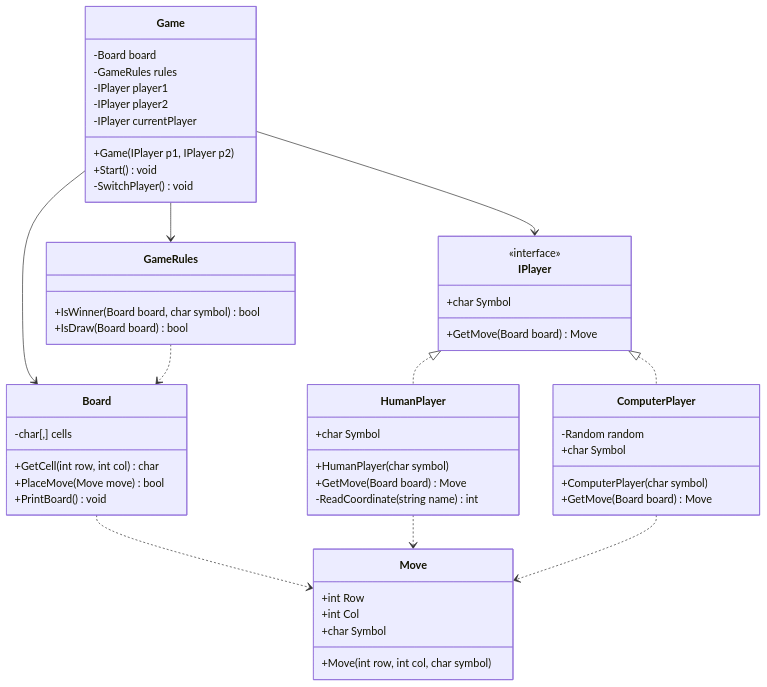
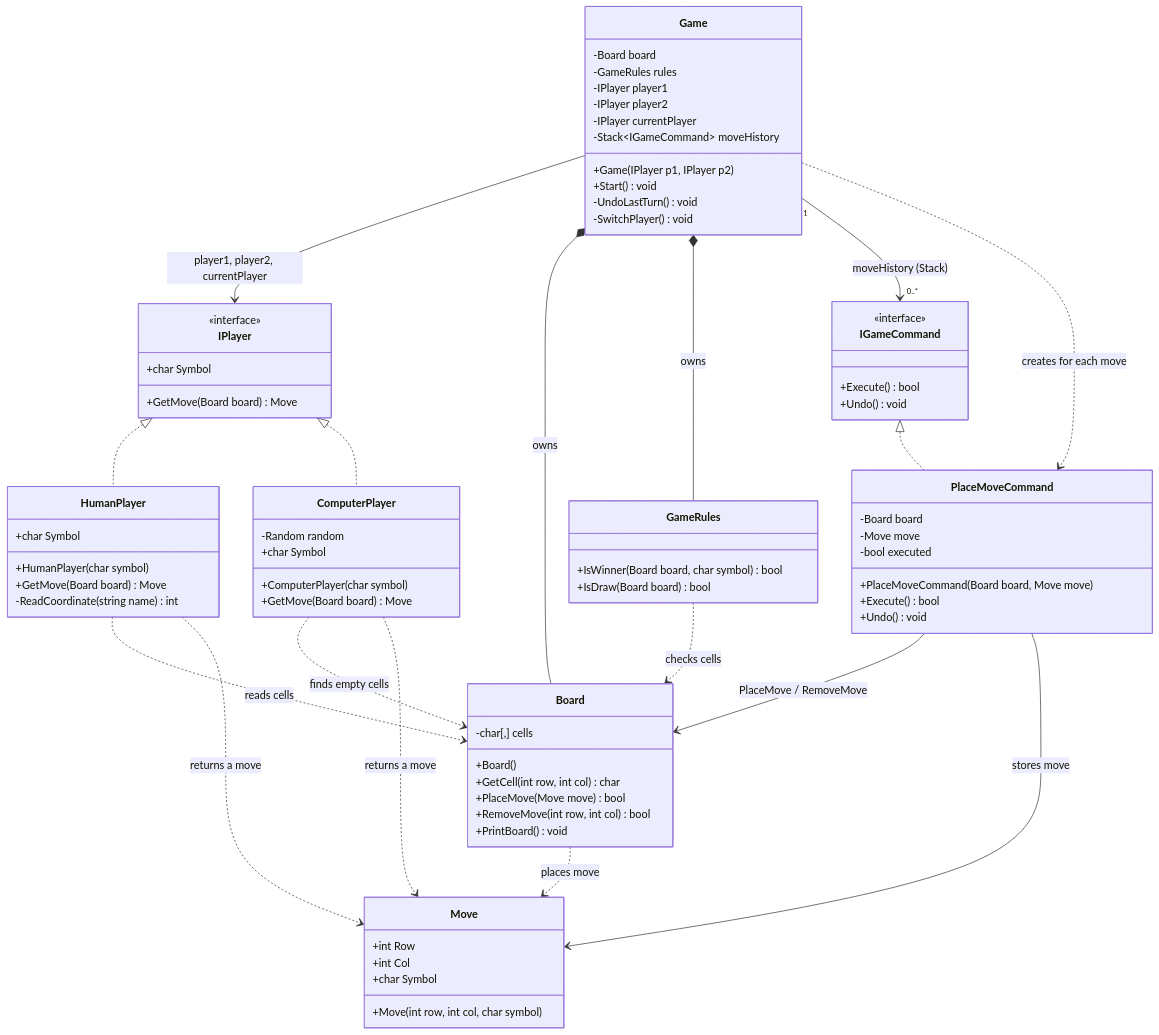
The first of 3 diagrams in docs/UML.md (tobyasteria/TicTacToe-OOP), drawn with Mermaid before and after one commit. The commit also changed other lines of this file, not shown here.

Commit message:
Update UML for Command Pattern

````diff
--- a/docs/UML.md
+++ b/docs/UML.md
@@ -29,15 +32,19 @@
         -IPlayer player1
         -IPlayer player2
         -IPlayer currentPlayer
+        -Stack~IGameCommand~ moveHistory
         +Game(IPlayer p1, IPlayer p2)
         +Start() void
+        -UndoLastTurn() void
         -SwitchPlayer() void
     }
 
     class Board {
         -char[,] cells
+        +Board()
         +GetCell(int row, int col) char
         +PlaceMove(Move move) bool
+        +RemoveMove(int row, int col) bool
         +PrintBoard() void
     }
 
@@ -53,13 +60,36 @@
         +IsDraw(Board board) bool
     }
 
+    class IGameCommand {
+        <<interface>>
+        +Execute() bool
+        +Undo() void
+    }
+
+    class PlaceMoveCommand {
+        -Board board
+        -Move move
+        -bool executed
+        +PlaceMoveCommand(Board board, Move move)
+        +Execute() bool
+        +Undo() void
+    }
+
     IPlayer <|.. HumanPlayer
     IPlayer <|.. ComputerPlayer
-    Game --> IPlayer
-    Game --> Board
-    Game --> GameRules
-    Board ..> Move
-    HumanPlayer ..> Move
-    ComputerPlayer ..> Move
-    GameRules ..> Board
+    IGameCommand <|.. PlaceMoveCommand
+
+    Game --> IPlayer : player1, player2, currentPlayer
+    Game *-- Board : owns
+    Game *-- GameRules : owns
+    Game "1" --> "0..*" IGameCommand : moveHistory (Stack)
+    Game ..> PlaceMoveCommand : creates for each move
+    PlaceMoveCommand --> Board : PlaceMove / RemoveMove
+    PlaceMoveCommand --> Move : stores move
+    Board ..> Move : places move
+    HumanPlayer ..> Board : reads cells
+    HumanPlayer ..> Move : returns a move
+    ComputerPlayer ..> Board : finds empty cells
+    ComputerPlayer ..> Move : returns a move
+    GameRules ..> Board : checks cells
 ```
````
